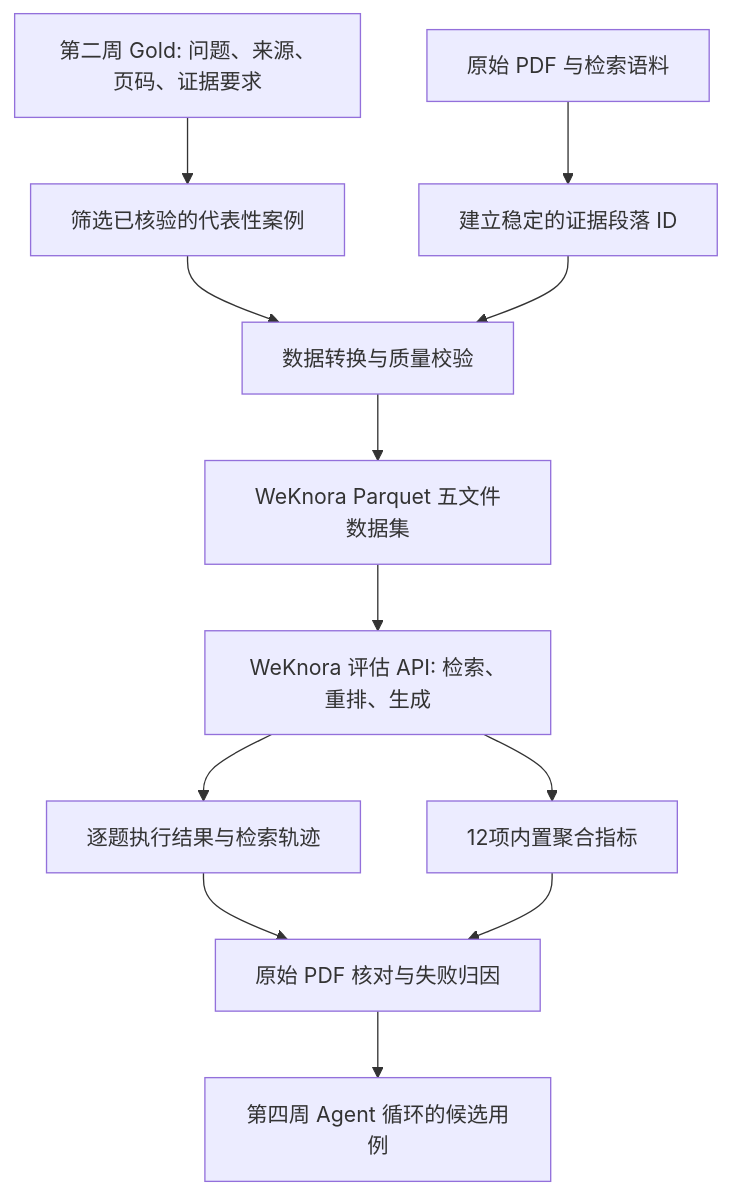
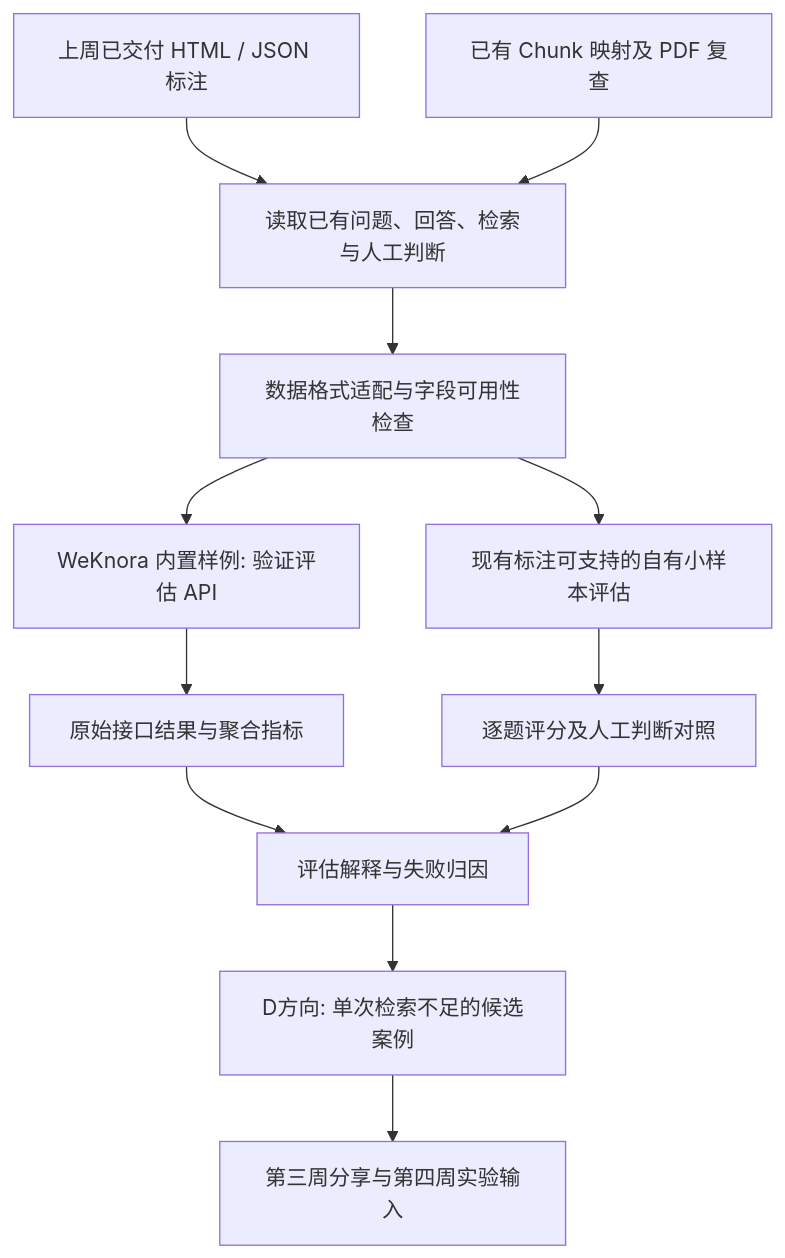
The diagram in assets/insurance-agent-weekly/labs/week03-weknora-evaluation-and-attribution.md (D1ChangGeng/D1ChangGeng), drawn with Mermaid before and after one commit. The commit also changed other lines of this file, not shown here.

````diff
--- a/assets/insurance-agent-weekly/labs/week03-weknora-evaluation-and-attribution.md
+++ b/assets/insurance-agent-weekly/labs/week03-weknora-evaluation-and-attribution.md
@@ -39,14 +39,14 @@
 ```mermaid
 flowchart TD
-    A[第二周 Gold: 问题、来源、页码、证据要求] --> B[筛选已核验的代表性案例]
-    C[原始 PDF 与检索语料] --> D[建立稳定的证据段落 ID]
-    B --> E[数据转换与质量校验]
-    D --> E
-    E --> F[WeKnora Parquet 五文件数据集]
-    F --> G[WeKnora 评估 API: 检索、重排、生成]
-    G --> H[12项内置聚合指标]
-    G --> I[逐题执行结果与检索轨迹]
-    I --> J[原始 PDF 核对与失败归因]
-    H --> J
-    J --> K[第四周 Agent 循环的候选用例]
+  A[上周已交付 HTML / JSON 标注] --> B[读取已有问题、回答、检索与人工判断]
+  C[已有 Chunk 映射及 PDF 复查] --> B
+  B --> D[数据格式适配与字段可用性检查]
+  D --> E[WeKnora 内置样例: 验证评估 API]
+  D --> F[现有标注可支持的自有小样本评估]
+  E --> G[原始接口结果与聚合指标]
+  F --> H[逐题评分及人工判断对照]
+  G --> I[评估解释与失败归因]
+  H --> I
+  I --> J[D方向: 单次检索不足的候选案例]
+  J --> K[第三周分享与第四周实验输入]
 ```
````
